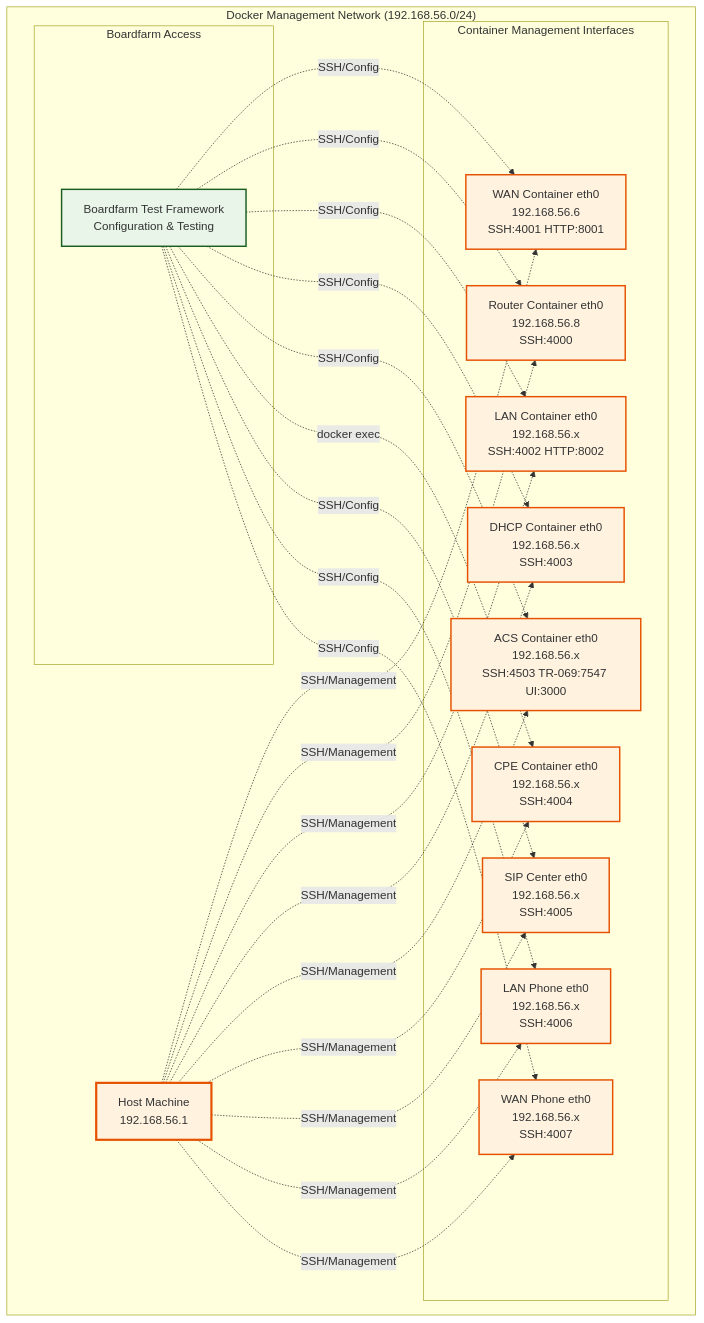
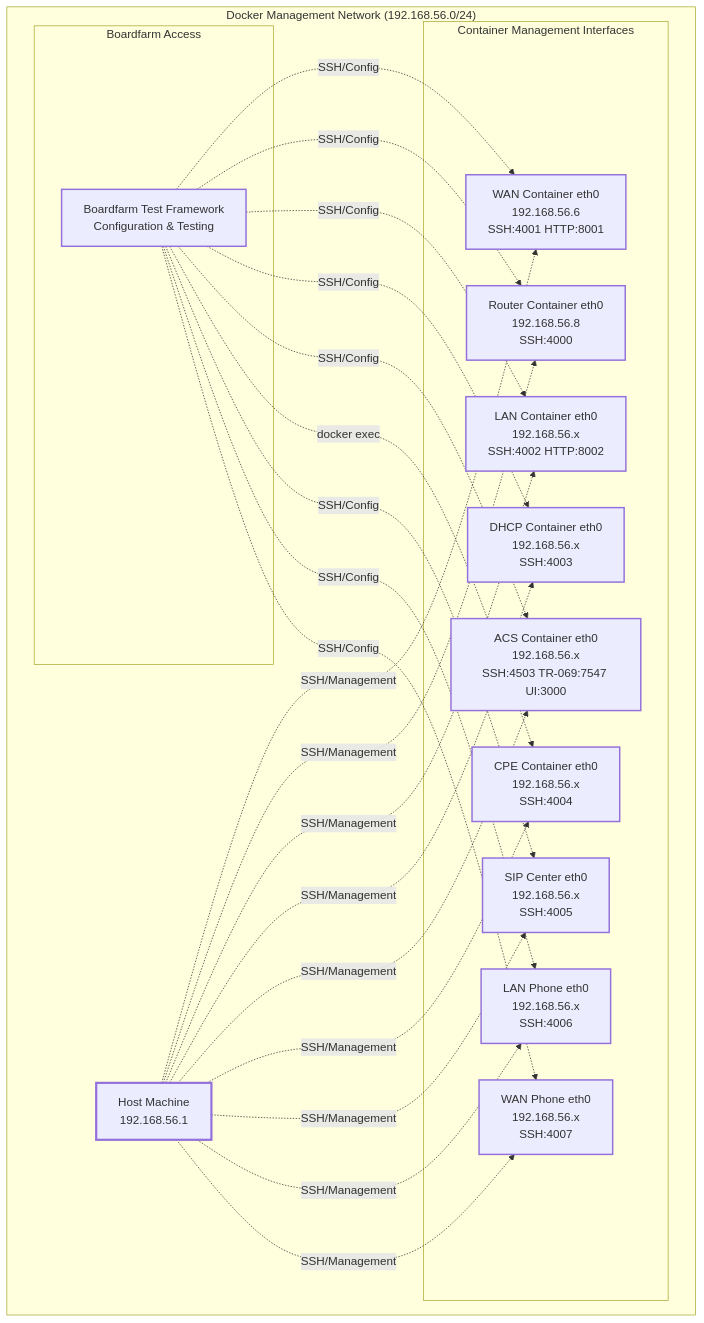
The first of 2 diagrams in docs/Testbed Network Topology.md (alottabits/boardfarm-bdd), drawn with Mermaid before and after one commit. The commit also changed other lines of this file, not shown here.

Commit message:
updating rendering of graphs in Network Topology documentation

````diff
--- a/docs/Testbed Network Topology.md
+++ b/docs/Testbed Network Topology.md
@@ -34,52 +34,52 @@
 ```mermaid
 graph TB
     subgraph "Docker Management Network (192.168.56.0/24)"
         HOST[Host Machine<br/>192.168.56.1]
         
         subgraph "Container Management Interfaces"
             WAN_MGMT[WAN Container eth0<br/>192.168.56.6<br/>SSH:4001 HTTP:8001]
             ROUTER_MGMT[Router Container eth0<br/>192.168.56.8<br/>SSH:4000]
             LAN_MGMT[LAN Container eth0<br/>192.168.56.x<br/>SSH:4002 HTTP:8002]
             DHCP_MGMT[DHCP Container eth0<br/>192.168.56.x<br/>SSH:4003]
             ACS_MGMT[ACS Container eth0<br/>192.168.56.x<br/>SSH:4503 TR-069:7547 UI:3000]
             CPE_MGMT[CPE Container eth0<br/>192.168.56.x<br/>SSH:4004]
             SIP_MGMT[SIP Center eth0<br/>192.168.56.x<br/>SSH:4005]
             LAN_PHONE_MGMT[LAN Phone eth0<br/>192.168.56.x<br/>SSH:4006]
             WAN_PHONE_MGMT[WAN Phone eth0<br/>192.168.56.x<br/>SSH:4007]
         end
         
         subgraph "Boardfarm Access"
             BOARDFARM[Boardfarm Test Framework<br/>Configuration & Testing]
         end
     end
     
     %% Management Connections
     HOST -.->|SSH/Management| WAN_MGMT
     HOST -.->|SSH/Management| ROUTER_MGMT
     HOST -.->|SSH/Management| LAN_MGMT
     HOST -.->|SSH/Management| DHCP_MGMT
     HOST -.->|SSH/Management| ACS_MGMT
     HOST -.->|SSH/Management| CPE_MGMT
     HOST -.->|SSH/Management| SIP_MGMT
     HOST -.->|SSH/Management| LAN_PHONE_MGMT
     HOST -.->|SSH/Management| WAN_PHONE_MGMT
     
     BOARDFARM -.->|SSH/Config| WAN_MGMT
     BOARDFARM -.->|SSH/Config| ROUTER_MGMT
     BOARDFARM -.->|SSH/Config| LAN_MGMT
     BOARDFARM -.->|SSH/Config| DHCP_MGMT
     BOARDFARM -.->|SSH/Config| ACS_MGMT
     BOARDFARM -.->|docker exec| CPE_MGMT
     BOARDFARM -.->|SSH/Config| SIP_MGMT
     BOARDFARM -.->|SSH/Config| LAN_PHONE_MGMT
     BOARDFARM -.->|SSH/Config| WAN_PHONE_MGMT
     
-    %% Styling
-    classDef host fill:#fff3e0,stroke:#e65100,stroke-width:3px
-    classDef management fill:#fff3e0,stroke:#e65100,stroke-width:2px
-    classDef boardfarm fill:#e8f5e8,stroke:#1b5e20,stroke-width:2px
+    %% Styling - Using default theme for automatic light/dark mode support
+    classDef host stroke-width:3px
+    classDef management stroke-width:2px
+    classDef boardfarm stroke-width:2px
     
     class HOST host
     class WAN_MGMT,ROUTER_MGMT,LAN_MGMT,DHCP_MGMT,ACS_MGMT,CPE_MGMT,SIP_MGMT,LAN_PHONE_MGMT,WAN_PHONE_MGMT management
     class BOARDFARM boardfarm
 ```
````
